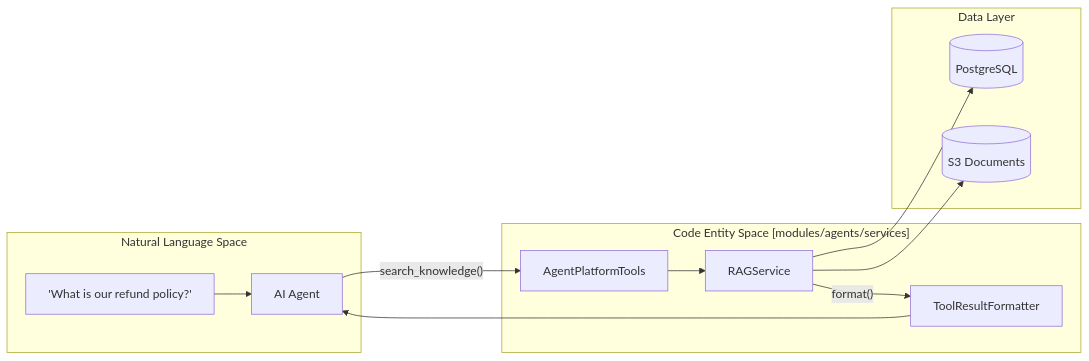
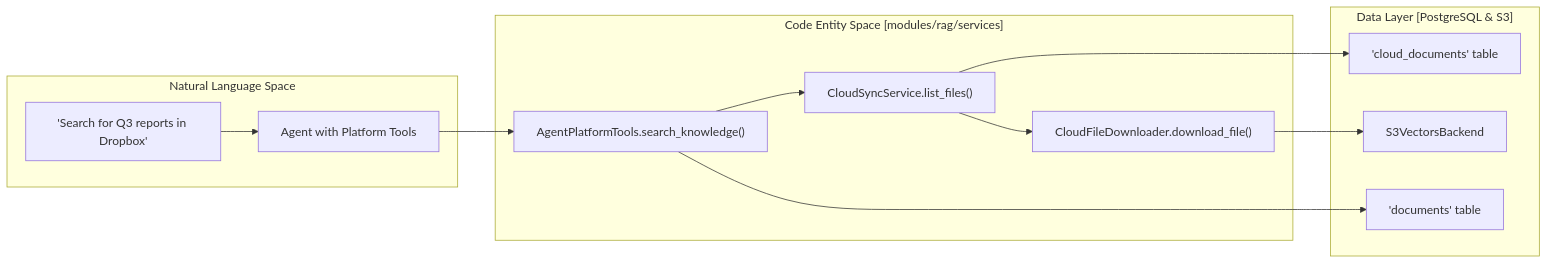
One commit to AutomatosAI/automatos-ai changed the second of 2 diagrams in docs/knowledge-base-rag/documents-api-reference.md. Above: the diagram before and after it, drawn with Mermaid. The commit also changed other lines of this file and 153 other files, not shown here.

````diff
--- a/docs/knowledge-base-rag/documents-api-reference.md
+++ b/docs/knowledge-base-rag/documents-api-reference.md
@@ -150,26 +174,27 @@
 ```mermaid
 graph LR
     subgraph "Natural Language Space"
-        UserReq["'What is our refund policy?'"]
-        Agent["AI Agent"]
+        UserReq["'Search for Q3 reports in Dropbox'"]
+        Agent["Agent with Platform Tools"]
     end
 
-    subgraph "Code Entity Space [modules/agents/services]"
-        APT["AgentPlatformTools"]
-        RAGS["RAGService"]
-        TRF["ToolResultFormatter"]
+    subgraph "Code Entity Space [modules/rag/services]"
+        CSS["CloudSyncService.list_files()"]
+        CFD["CloudFileDownloader.download_file()"]
+        APT["AgentPlatformTools.search_knowledge()"]
     end
 
-    subgraph "Data Layer"
-        DB[("PostgreSQL")]
-        S3[("S3 Documents")]
+    subgraph "Data Layer [PostgreSQL & S3]"
+        CDoc["'cloud_documents' table"]
+        S3V["S3VectorsBackend"]
+        DB["'documents' table"]
     end
 
     UserReq --> Agent
-    Agent -->|"search_knowledge()"| APT
-    APT --> RAGS
-    RAGS --> DB
-    RAGS --> S3
-    RAGS -->|"format()"| TRF
-    TRF --> Agent
+    Agent --> APT
+    APT --> CSS
+    CSS --> CDoc
+    CSS --> CFD
+    CFD --> S3V
+    APT --> DB
 ```
````
